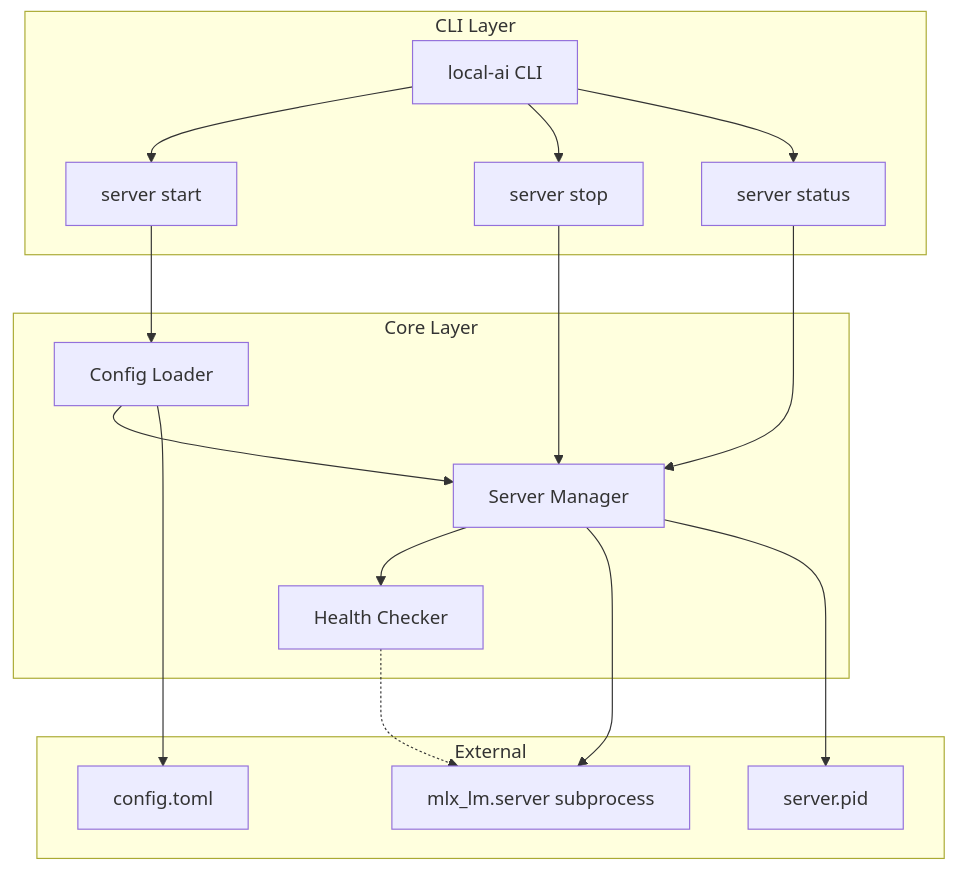
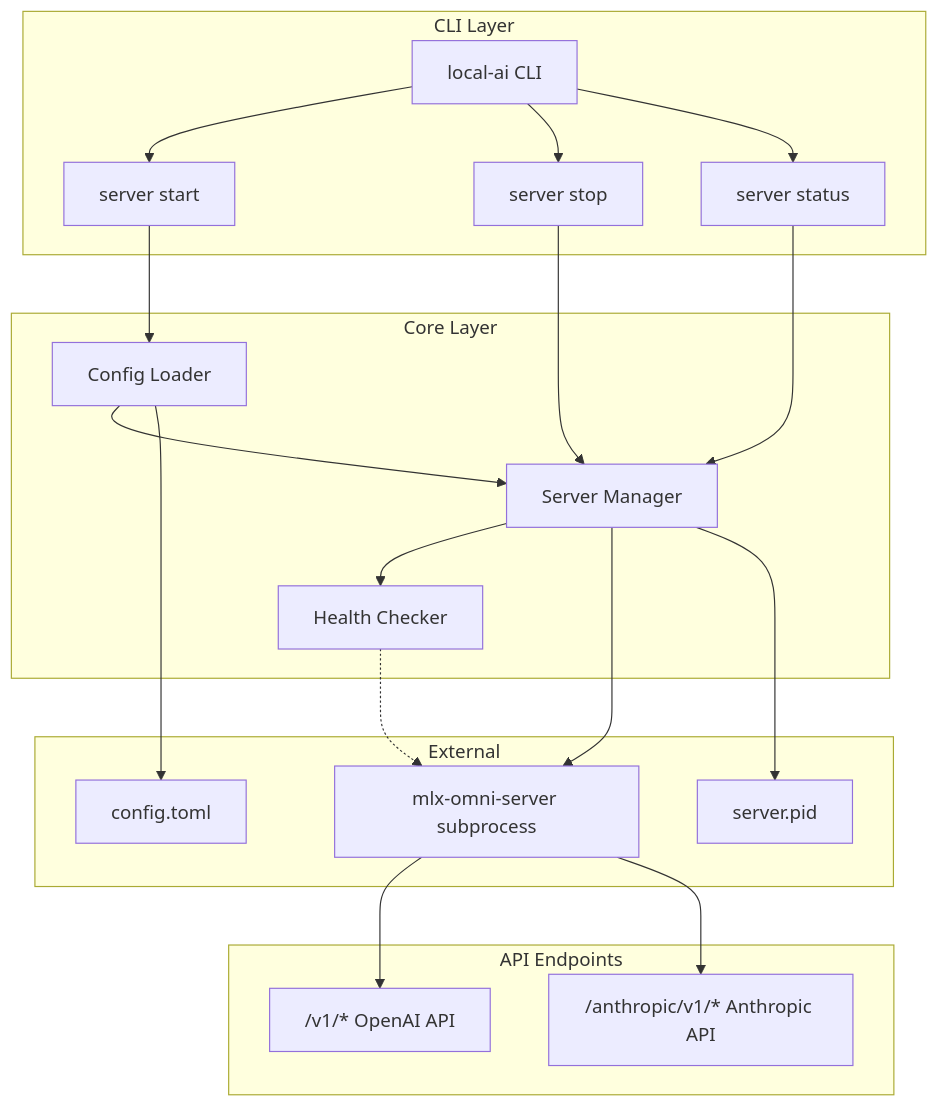
The first of 3 diagrams in docs/DESIGN.md (tumma72/local-ai), drawn with Mermaid before and after one commit. The commit also changed other lines of this file and 6 other files, not shown here.

First line of the commit message:
Replace mlx-lm server with MLX Omni Server

````diff
--- a/docs/DESIGN.md
+++ b/docs/DESIGN.md
@@ -7,30 +13,36 @@
 ```mermaid
 flowchart TB
     subgraph CLI[CLI Layer]
         MAIN[local-ai CLI]
         START[server start]
         STOP[server stop]
         STATUS[server status]
     end
 
     subgraph Core[Core Layer]
         CONFIG[Config Loader]
         MANAGER[Server Manager]
         HEALTH[Health Checker]
     end
 
     subgraph External[External]
-        MLX[mlx_lm.server subprocess]
+        OMNI[mlx-omni-server subprocess]
         TOML[config.toml]
         PID[server.pid]
+    end
+
+    subgraph APIs[API Endpoints]
+        OPENAI["/v1/*" OpenAI API]
+        ANTHROPIC["/anthropic/v1/*" Anthropic API]
     end
 
     MAIN --> START & STOP & STATUS
     START --> CONFIG --> MANAGER
     STOP --> MANAGER
     STATUS --> MANAGER --> HEALTH
-    MANAGER --> MLX
+    MANAGER --> OMNI
     MANAGER --> PID
     CONFIG --> TOML
-    HEALTH -.-> MLX
+    HEALTH -.-> OMNI
+    OMNI --> OPENAI & ANTHROPIC
 ```
````
